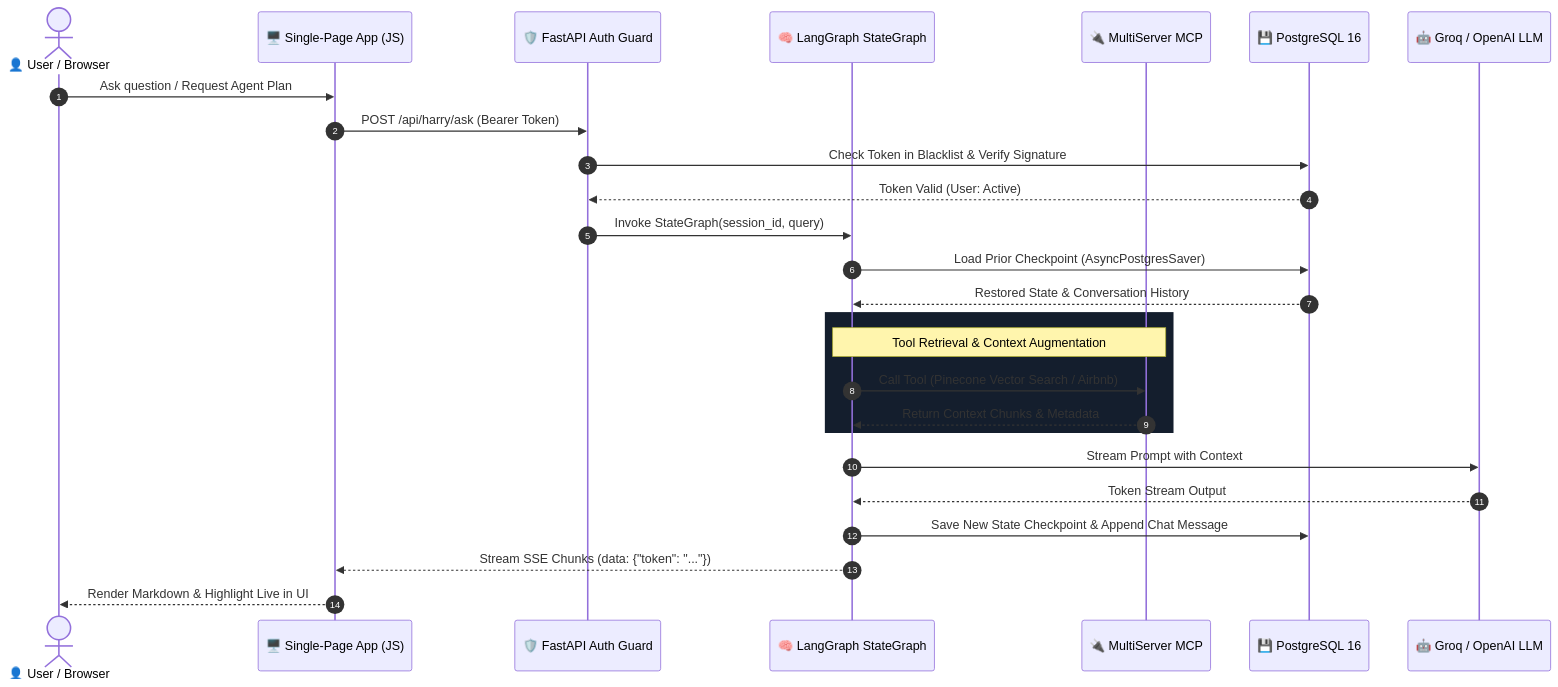
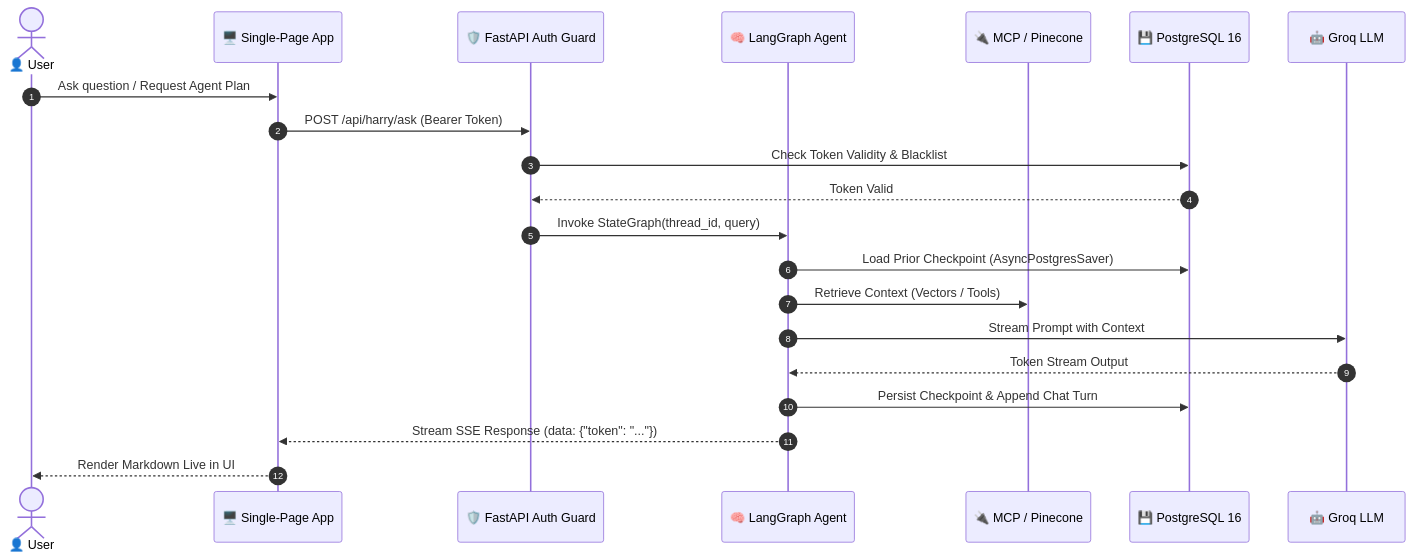
Before and after one commit to ambideXtrous9/portfolio-agent: the second of 2 diagrams in README.md, drawn with Mermaid. The commit also changed other lines of this file and 1 other file, not shown here.

````diff
--- a/README.md
+++ b/README.md
@@ -230,33 +103,24 @@
 ```mermaid
 sequenceDiagram
     autonumber
-    actor User as 👤 User / Browser
-    participant FE as 🖥️ Single-Page App (JS)
+    actor User as 👤 User
+    participant FE as 🖥️ Single-Page App
     participant Auth as 🛡️ FastAPI Auth Guard
-    participant Agent as 🧠 LangGraph StateGraph
-    participant MCP as 🔌 MultiServer MCP
+    participant Agent as 🧠 LangGraph Agent
+    participant MCP as 🔌 MCP / Pinecone
     participant DB as 💾 PostgreSQL 16
-    participant LLM as 🤖 Groq / OpenAI LLM
+    participant LLM as 🤖 Groq LLM
 
     User->>FE: Ask question / Request Agent Plan
     FE->>Auth: POST /api/harry/ask (Bearer Token)
-    Auth->>DB: Check Token in Blacklist & Verify Signature
-    DB-->>Auth: Token Valid (User: Active)
-    Auth->>Agent: Invoke StateGraph(session_id, query)
-    
+    Auth->>DB: Check Token Validity & Blacklist
+    DB-->>Auth: Token Valid
+    Auth->>Agent: Invoke StateGraph(thread_id, query)
     Agent->>DB: Load Prior Checkpoint (AsyncPostgresSaver)
-    DB-->>Agent: Restored State & Conversation History
-    
-    rect rgb(20, 30, 45)
-        Note over Agent,MCP: Tool Retrieval & Context Augmentation
-        Agent->>MCP: Call Tool (Pinecone Vector Search / Airbnb)
-        MCP-->>Agent: Return Context Chunks & Metadata
-    end
-
+    Agent->>MCP: Retrieve Context (Vectors / Tools)
     Agent->>LLM: Stream Prompt with Context
     LLM-->>Agent: Token Stream Output
-    
-    Agent->>DB: Save New State Checkpoint & Append Chat Message
-    Agent-->>FE: Stream SSE Chunks (data: {"token": "..."})
-    FE-->>User: Render Markdown & Highlight Live in UI
+    Agent->>DB: Persist Checkpoint & Append Chat Turn
+    Agent-->>FE: Stream SSE Response (data: {"token": "..."})
+    FE-->>User: Render Markdown Live in UI
 ```
````
